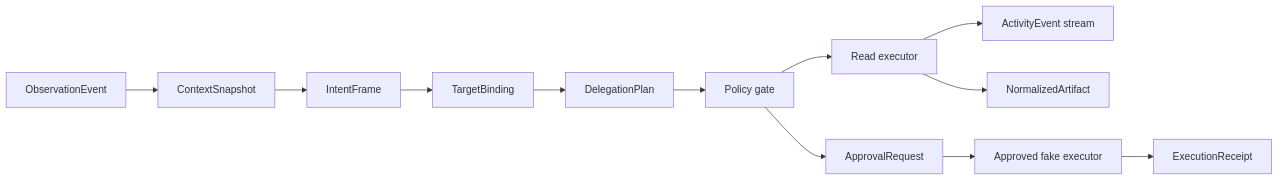
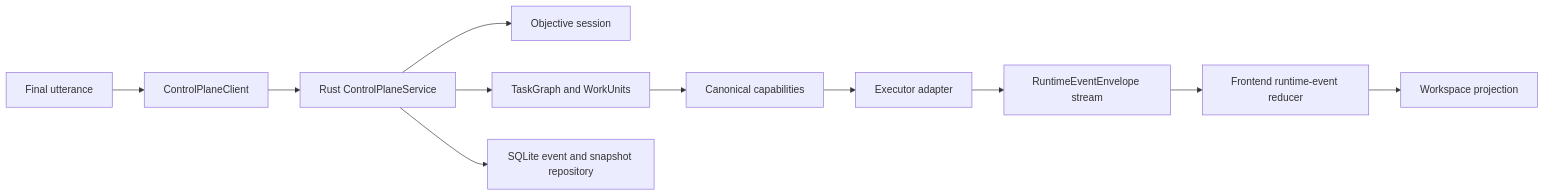
The diagram in docs/architecture/control-plane.md (gother111/adaptive-surface), drawn with Mermaid before and after one commit. The commit also changed other lines of this file and 20 other files, not shown here.

Commit message:
feat: make rust control plane live authority

````diff
--- a/docs/architecture/control-plane.md
+++ b/docs/architecture/control-plane.md
@@ -39,14 +41,13 @@
 ```mermaid
 flowchart LR
-  A["ObservationEvent"] --> B["ContextSnapshot"]
-  B --> C["IntentFrame"]
-  C --> D["TargetBinding"]
-  D --> E["DelegationPlan"]
-  E --> F["Policy gate"]
-  F --> G["Read executor"]
-  F --> H["ApprovalRequest"]
-  G --> I["ActivityEvent stream"]
-  G --> J["NormalizedArtifact"]
-  H --> K["Approved fake executor"]
-  K --> L["ExecutionReceipt"]
+  A["Final utterance"] --> B["ControlPlaneClient"]
+  B --> C["Rust ControlPlaneService"]
+  C --> D["Objective session"]
+  C --> E["TaskGraph and WorkUnits"]
+  E --> F["Canonical capabilities"]
+  F --> G["Executor adapter"]
+  G --> H["RuntimeEventEnvelope stream"]
+  H --> I["Frontend runtime-event reducer"]
+  I --> J["Workspace projection"]
+  C --> K["SQLite event and snapshot repository"]
 ```
````
